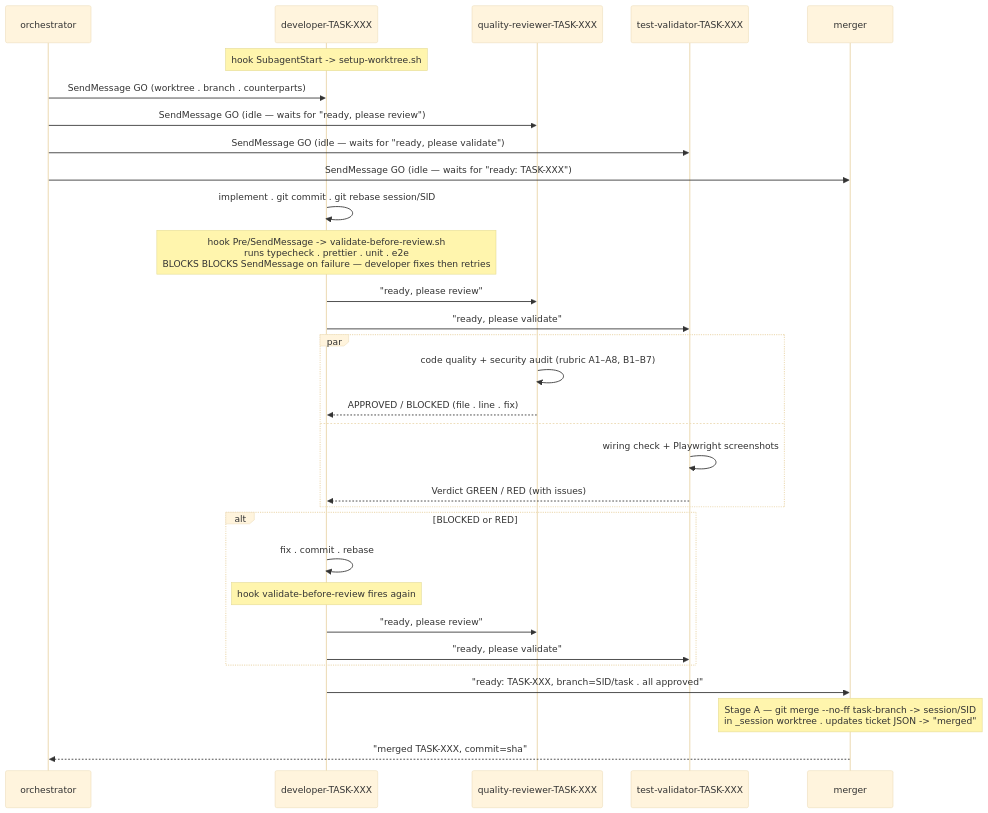
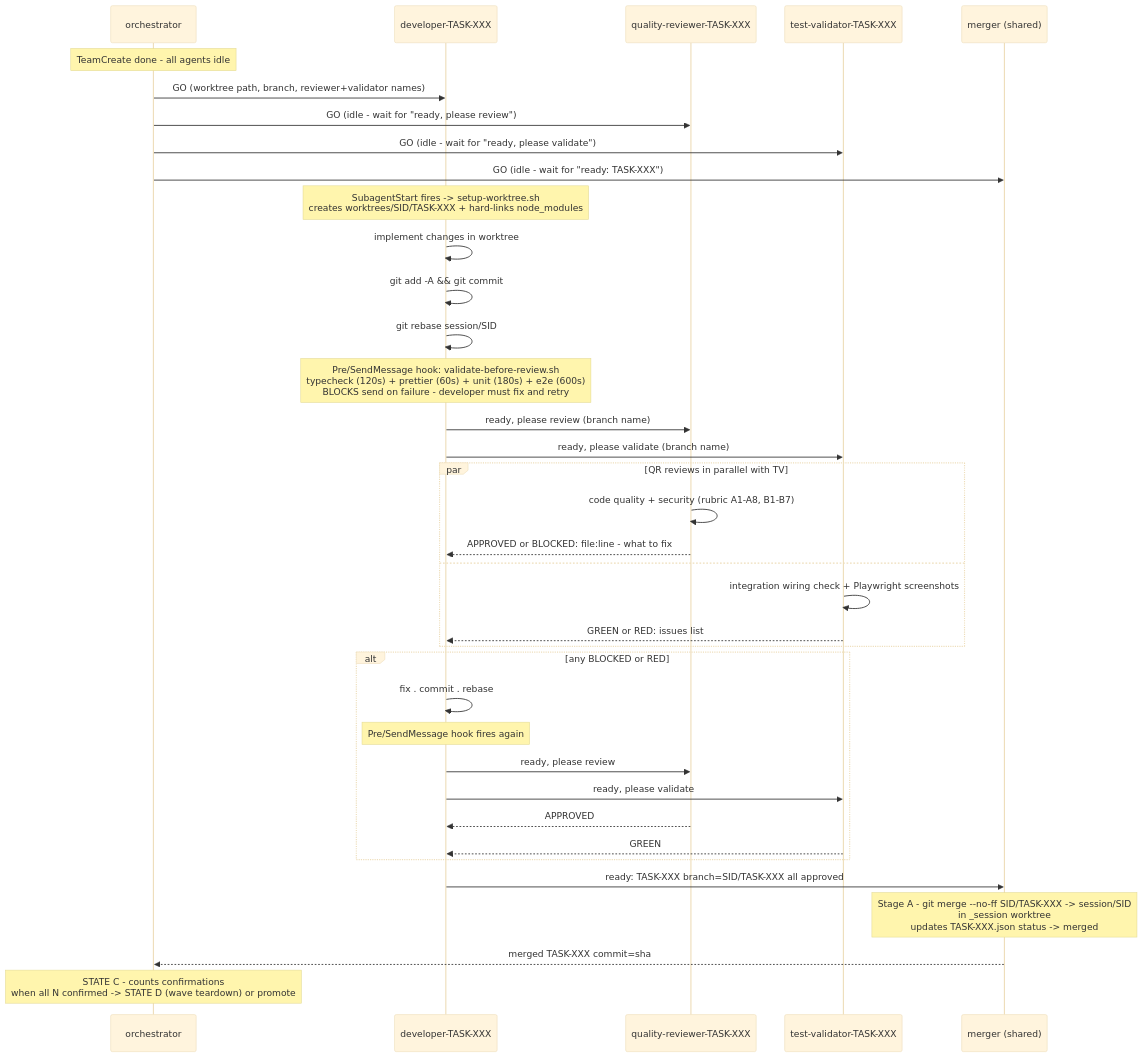
Before and after one commit to marmelab/crm-builder: the ninth of 10 diagrams in docs/agents-diagram.md, drawn with Mermaid (base theme). The commit also changed other lines of this file, not shown here.

Commit message:
Second pass diagram

````diff
--- a/docs/agents-diagram.md
+++ b/docs/agents-diagram.md
@@ -281,43 +281,51 @@
 ```mermaid
 sequenceDiagram
     participant O  as orchestrator
     participant D  as developer-TASK-XXX
     participant QR as quality-reviewer-TASK-XXX
     participant TV as test-validator-TASK-XXX
-    participant MG as merger
+    participant MG as merger (shared)
 
-    Note over D: hook SubagentStart -> setup-worktree.sh
+    Note over O: TeamCreate done - all agents idle
 
-    O->>D:  SendMessage GO  (worktree . branch . counterparts)
-    O->>QR: SendMessage GO  (idle — waits for "ready, please review")
-    O->>TV: SendMessage GO  (idle — waits for "ready, please validate")
-    O->>MG: SendMessage GO  (idle — waits for "ready: TASK-XXX")
+    O->>D:  GO (worktree path, branch, reviewer+validator names)
+    O->>QR: GO (idle - wait for "ready, please review")
+    O->>TV: GO (idle - wait for "ready, please validate")
+    O->>MG: GO (idle - wait for "ready: TASK-XXX")
 
-    D->>D: implement . git commit . git rebase session/SID
+    Note over D: SubagentStart fires -> setup-worktree.sh<br/>creates worktrees/SID/TASK-XXX + hard-links node_modules
 
-    Note over D: hook Pre/SendMessage -> validate-before-review.sh<br/>runs typecheck . prettier . unit . e2e<br/>BLOCKS BLOCKS SendMessage on failure — developer fixes then retries
+    D->>D: implement changes in worktree
+    D->>D: git add -A && git commit
+    D->>D: git rebase session/SID
 
-    D->>QR: "ready, please review"
-    D->>TV: "ready, please validate"
+    Note over D: Pre/SendMessage hook: validate-before-review.sh<br/>typecheck (120s) + prettier (60s) + unit (180s) + e2e (600s)<br/>BLOCKS send on failure - developer must fix and retry
 
-    par
-        QR->>QR: code quality + security audit (rubric A1–A8, B1–B7)
- QR-->>D: APPROVED / BLOCKED (file . line . fix)
+    D->>QR: ready, please review (branch name)
+    D->>TV: ready, please validate (branch name)
+
+    par QR reviews in parallel with TV
+        QR->>QR: code quality + security (rubric A1-A8, B1-B7)
+        QR-->>D: APPROVED  or  BLOCKED: file:line - what to fix
     and
-        TV->>TV: wiring check + Playwright screenshots
- TV-->>D: Verdict GREEN / RED (with issues)
+        TV->>TV: integration wiring check + Playwright screenshots
+        TV-->>D: GREEN  or  RED: issues list
     end
 
-    alt BLOCKED or RED
+    alt any BLOCKED or RED
         D->>D: fix . commit . rebase
-        Note over D: hook validate-before-review fires again
-        D->>QR: "ready, please review"
-        D->>TV: "ready, please validate"
+        Note over D: Pre/SendMessage hook fires again
+        D->>QR: ready, please review
+        D->>TV: ready, please validate
+        QR-->>D: APPROVED
+        TV-->>D: GREEN
     end
 
-    D->>MG: "ready: TASK-XXX, branch=SID/task . all approved"
+    D->>MG: ready: TASK-XXX  branch=SID/TASK-XXX  all approved
 
-    Note over MG: Stage A — git merge --no-ff task-branch -> session/SID<br/>in _session worktree . updates ticket JSON -> "merged"
+    Note over MG: Stage A - git merge --no-ff SID/TASK-XXX -> session/SID<br/>in _session worktree<br/>updates TASK-XXX.json status -> merged
 
- MG-->>O: "merged TASK-XXX, commit=sha"
+    MG-->>O: merged TASK-XXX  commit=sha
+
+    Note over O: STATE C - counts confirmations<br/>when all N confirmed -> STATE D (wave teardown) or promote
 ```
````
